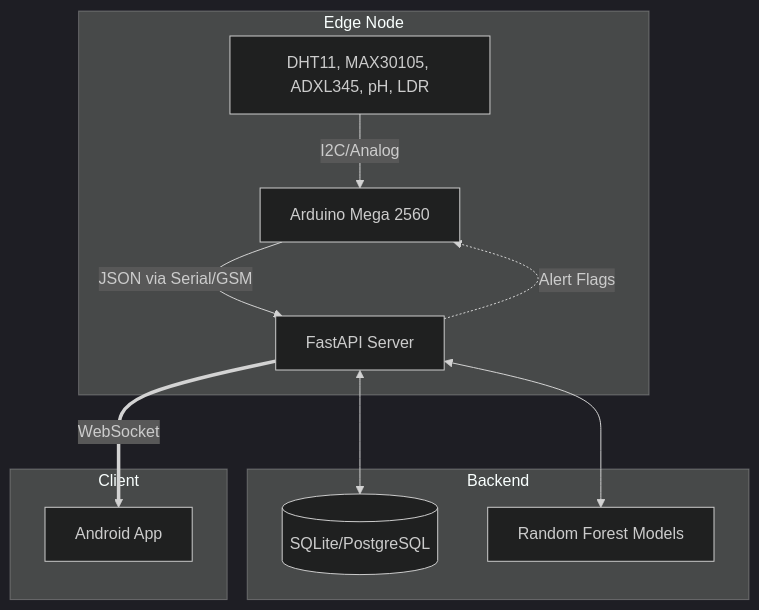
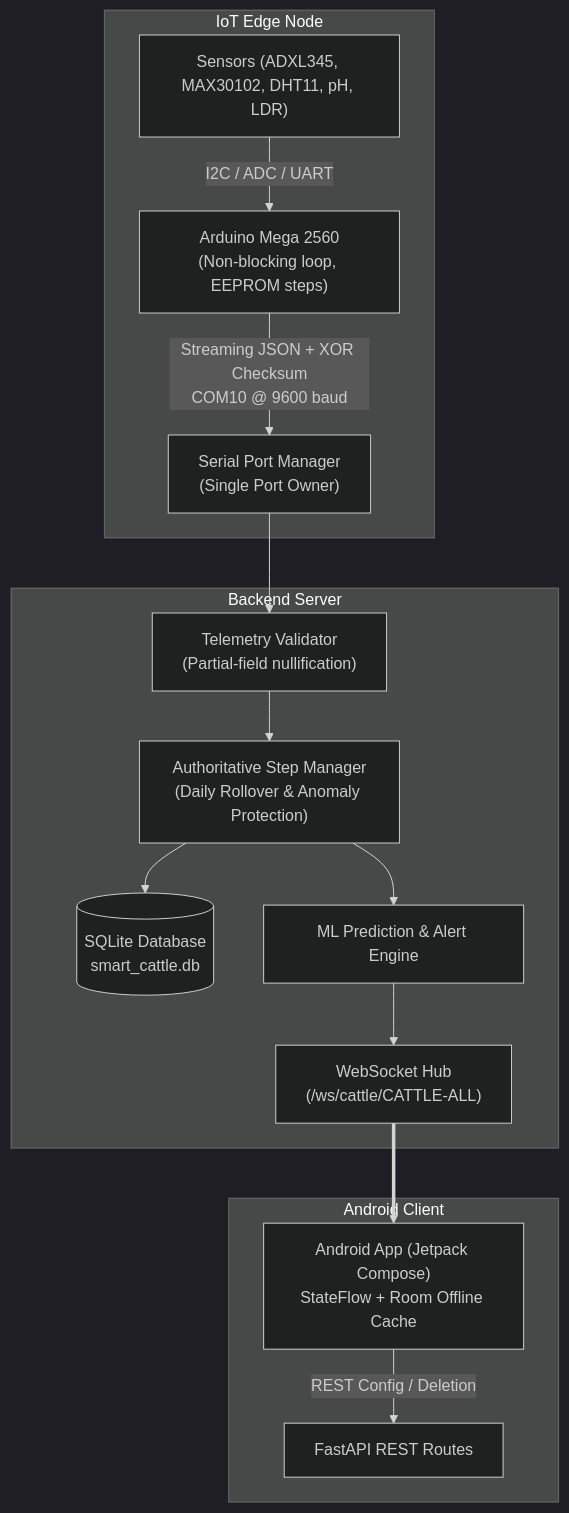
The diagram in README.md (deekshudevang/smart-cattel), drawn with Mermaid (dark theme) before and after one commit. The commit also changed other lines of this file and 16 other files, not shown here.

Commit message:
feat: complete master audit and production enhancement with authoritative step counting and security safeguards

````diff
--- a/README.md
+++ b/README.md
@@ -27,17 +25,20 @@
 ```mermaid
-graph TD
-    subgraph Edge Node
-    Sensors[DHT11, MAX30105, ADXL345, pH, LDR] -->|I2C/Analog| Arduino[Arduino Mega 2560]
-    Arduino -->|JSON via Serial/GSM| FastAPI
+flowchart TD
+    subgraph IoT Edge Node
+    Sensors["Sensors (ADXL345, MAX30102, DHT11, pH, LDR)"] -->|I2C / ADC / UART| Arduino["Arduino Mega 2560\n(Non-blocking loop, EEPROM steps)"]
+    Arduino -->|Streaming JSON + XOR Checksum\nCOM10 @ 9600 baud| SerialMgr
     end
-    
-    subgraph Backend
-    FastAPI[FastAPI Server] <--> DB[(SQLite/PostgreSQL)]
-    FastAPI <--> ML[Random Forest Models]
+
+    subgraph Backend Server
+    SerialMgr["Serial Port Manager\n(Single Port Owner)"] --> Validator["Telemetry Validator\n(Partial-field nullification)"]
+    Validator --> StepMgr["Authoritative Step Manager\n(Daily Rollover & Anomaly Protection)"]
+    StepMgr --> DB[(SQLite Database\nsmart_cattle.db)]
+    StepMgr --> ML["ML Prediction & Alert Engine"]
+    ML --> WS["WebSocket Hub\n(/ws/cattle/CATTLE-ALL)"]
     end
-    
-    subgraph Client
-    FastAPI == WebSocket ==> Android[Android App]
-    FastAPI -.->|Alert Flags| Arduino
+
+    subgraph Android Client
+    WS ==> Android["Android App (Jetpack Compose)\nStateFlow + Room Offline Cache"]
+    Android -->|REST Config / Deletion| BackendAPI["FastAPI REST Routes"]
     end
 ```
````
